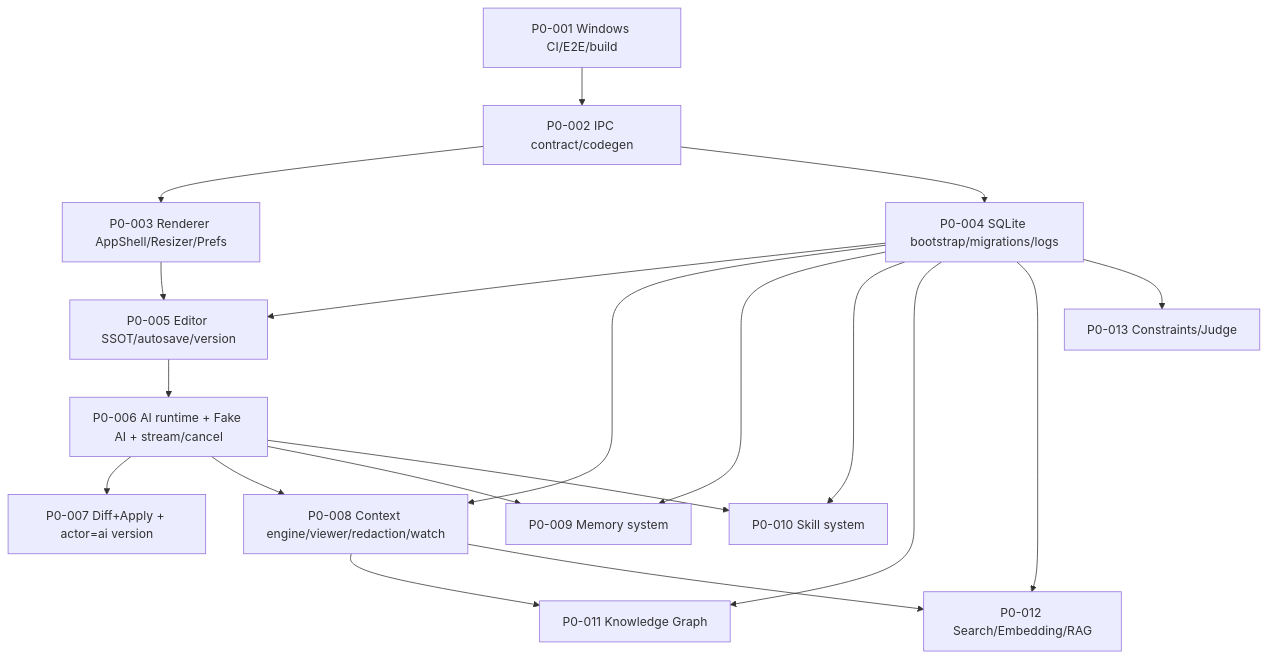
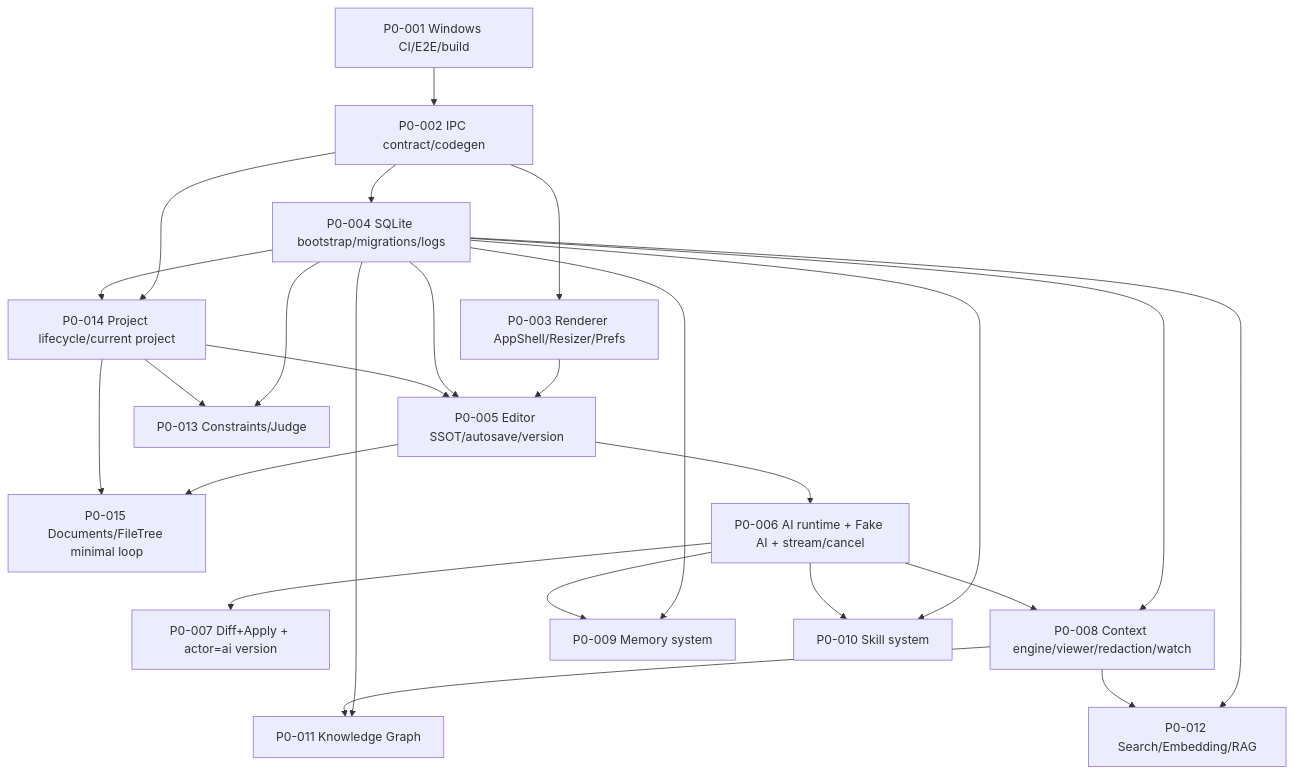
The diagram in openspec/specs/creonow-v1-workbench/task_cards/index.md (Leeky1017/CreoNow), drawn with Mermaid before and after one commit. The commit also changed other lines of this file and 13 other files, not shown here.

Commit message:
docs: gapfill CNWB project/documents spec + task cards (#11)

````diff
--- a/openspec/specs/creonow-v1-workbench/task_cards/index.md
+++ b/openspec/specs/creonow-v1-workbench/task_cards/index.md
@@ -84,21 +94,27 @@
 ```mermaid
 flowchart TD
   P0001["P0-001 Windows CI/E2E/build"] --> P0002["P0-002 IPC contract/codegen"]
   P0002 --> P0003["P0-003 Renderer AppShell/Resizer/Prefs"]
   P0002 --> P0004["P0-004 SQLite bootstrap/migrations/logs"]
+  P0002 --> P0014["P0-014 Project lifecycle/current project"]
+  P0004 --> P0014
   P0003 --> P0005["P0-005 Editor SSOT/autosave/version"]
   P0004 --> P0005
+  P0014 --> P0005
+  P0005 --> P0015["P0-015 Documents/FileTree minimal loop"]
+  P0014 --> P0015
   P0005 --> P0006["P0-006 AI runtime + Fake AI + stream/cancel"]
   P0006 --> P0007["P0-007 Diff+Apply + actor=ai version"]
   P0004 --> P0008["P0-008 Context engine/viewer/redaction/watch"]
   P0006 --> P0008
   P0004 --> P0009["P0-009 Memory system"]
   P0006 --> P0009
   P0004 --> P0010["P0-010 Skill system"]
   P0006 --> P0010
   P0004 --> P0011["P0-011 Knowledge Graph"]
   P0008 --> P0011
   P0004 --> P0012["P0-012 Search/Embedding/RAG"]
   P0008 --> P0012
   P0004 --> P0013["P0-013 Constraints/Judge"]
+  P0014 --> P0013
 ```
````
